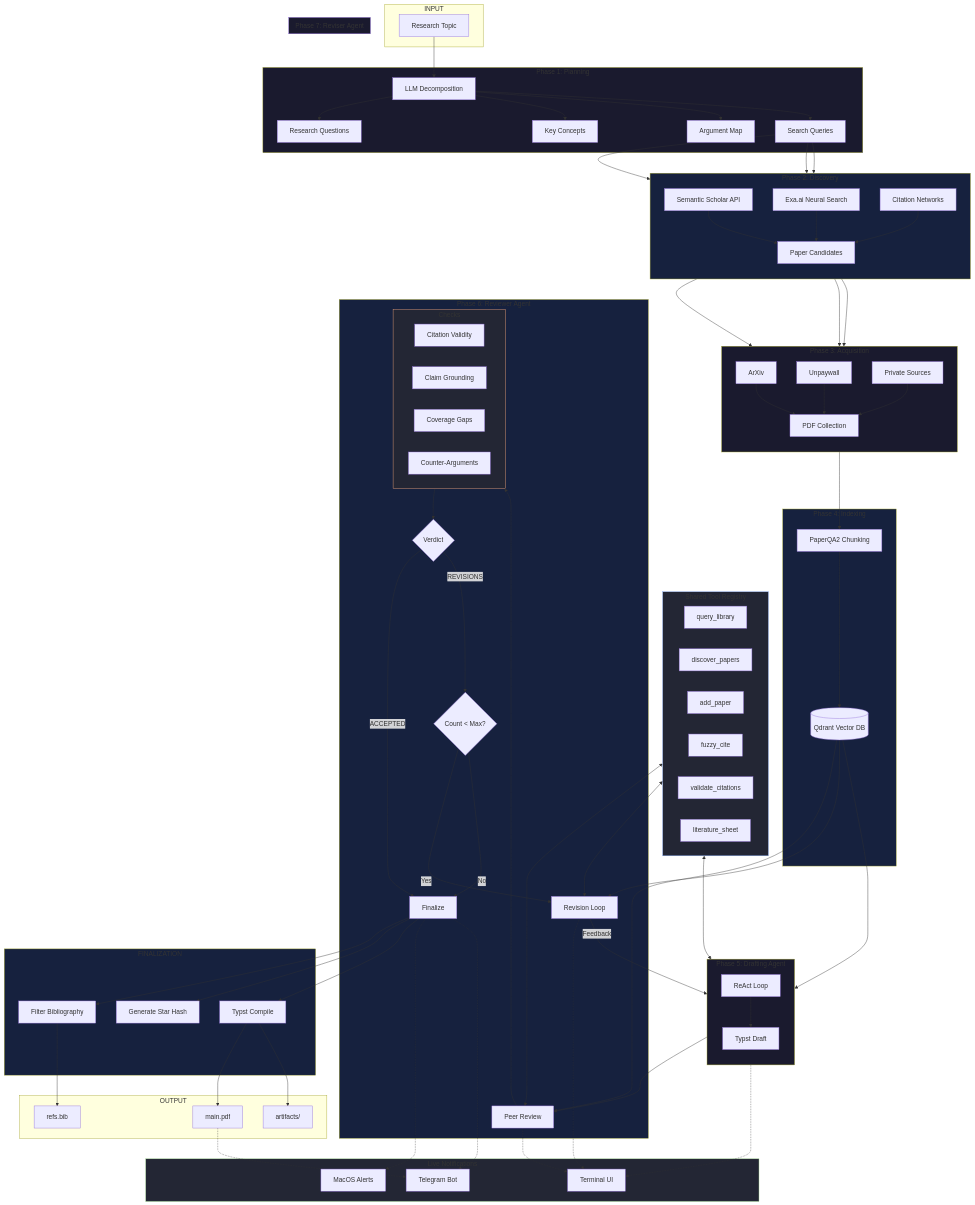
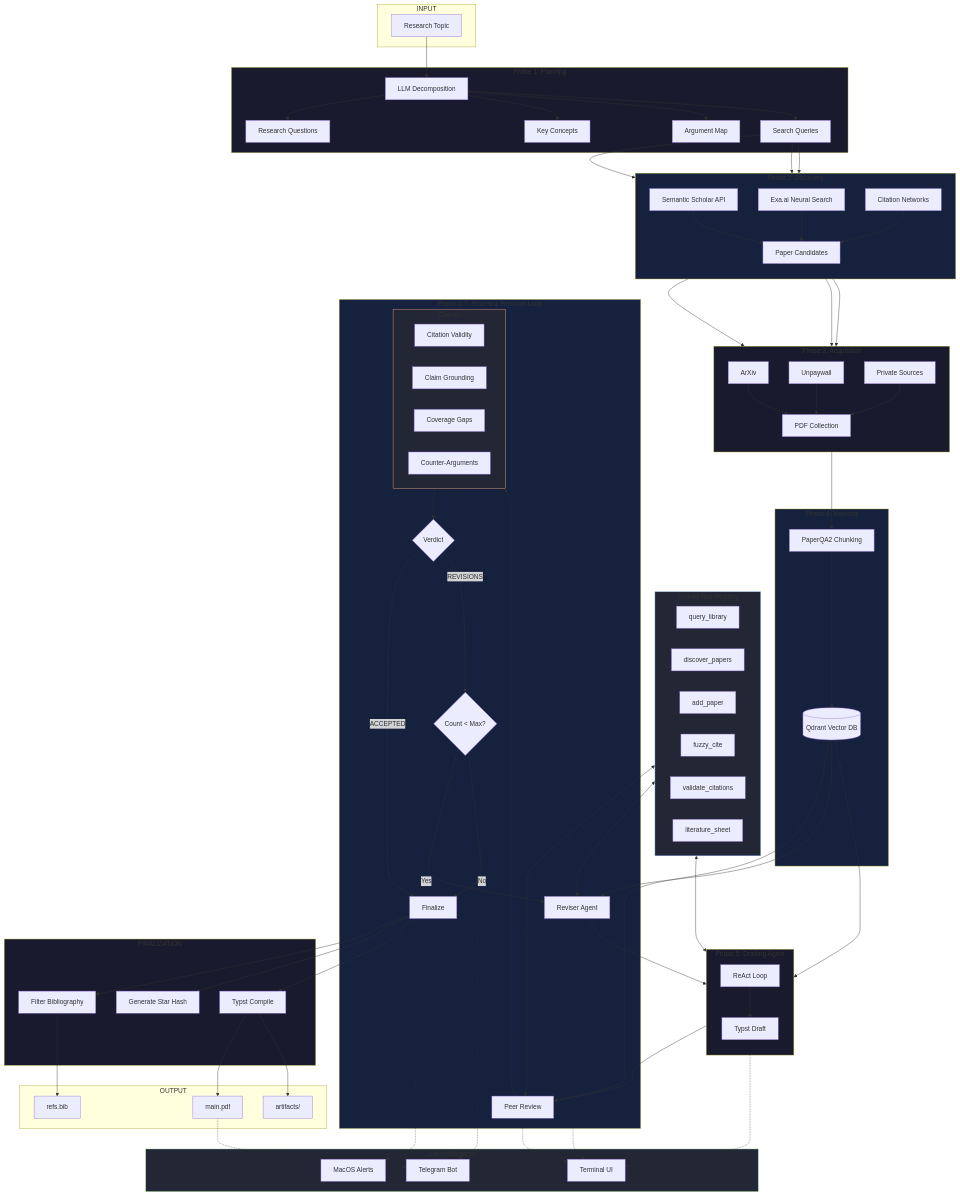
One commit to gbrlpzz/research-agent-cli changed the diagram in README.md. Above: the diagram before and after it, drawn with Mermaid.

Commit message:
docs: fix mermaid diagram - merge Phase 7 into Review loop

```diff
--- a/README.md
+++ b/README.md
@@ -68,7 +68,7 @@
         DraftAgent --> Draft[Typst Draft]
     end
 
-    subgraph REVIEW["Phase 6: Reviewer Agent"]
+    subgraph REVIEW["Phase 6-7: Review & Revision Loop"]
         ReviewAgent[Peer Review]
         Draft --> ReviewAgent
         
@@ -83,15 +83,11 @@
         Checks --> Verdict{Verdict}
         Verdict -->|ACCEPTED| Final[Finalize]
         Verdict -->|REVISIONS| Limit{Count < Max?}
-        Limit -->|Yes| ReviseAgent
+        Limit -->|Yes| ReviseAgent[Reviser Agent]
         Limit -->|No| Final
+        ReviseAgent --> DraftAgent
     end
 
-    subgraph REVISION["Phase 7: Reviser Agent"]
-        ReviseAgent[Revision Loop]
-    end
-
-    ReviseAgent --> |Feedback| DraftAgent
 
     subgraph FINALIZATION
         Final --> BibFilter[Filter Bibliography]
@@ -135,8 +131,7 @@
     style INDEXING fill:#16213e
     style DRAFTING fill:#1a1a2e
     style REVIEW fill:#16213e
-    style REVISION fill:#1a1a2e
-    style FINALIZATION fill:#16213e
+    style FINALIZATION fill:#1a1a2e
     style TOOLS fill:#232634,stroke:#8aadf4
     style NOTIFICATIONS fill:#232634,stroke:#a6da95
     style Checks fill:#232634,stroke:#f5a97f
```
